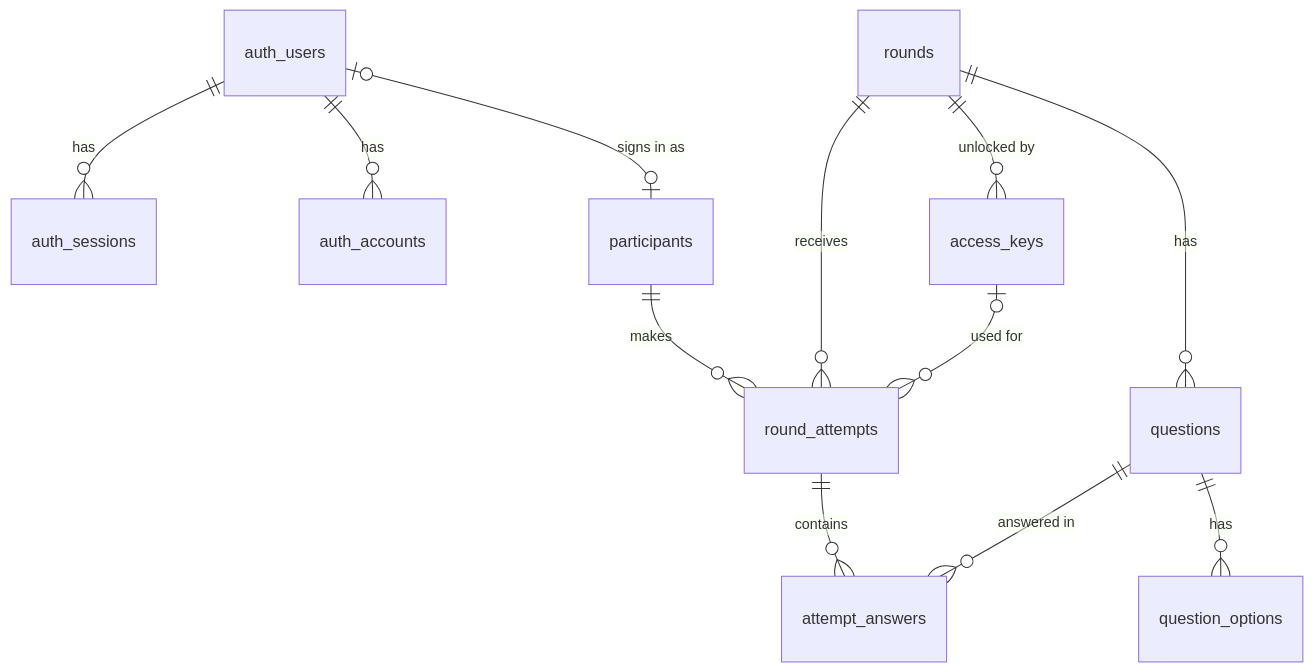
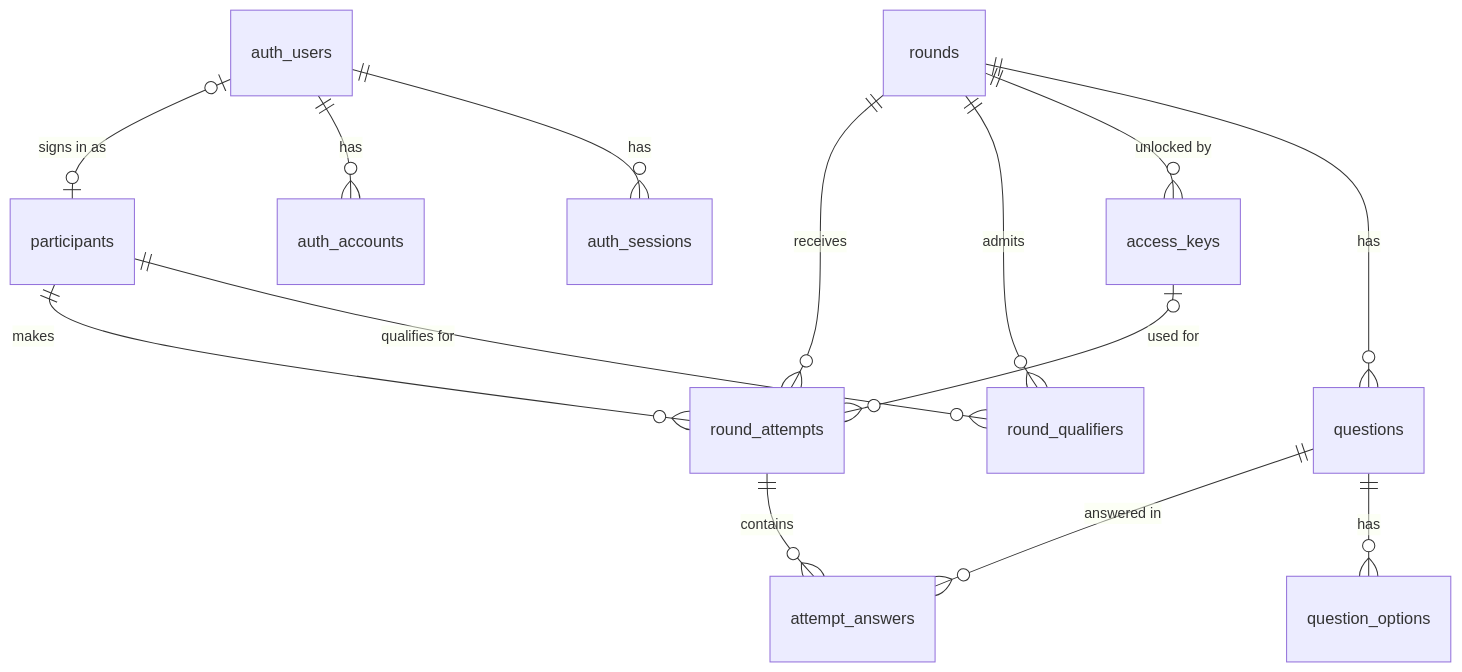
The diagram in docs/DATABASE.md (Technical-Events/TechBash), drawn with Mermaid before and after one commit. The commit also changed other lines of this file and 1 other file, not shown here.

Commit message:
docs: document qualifiers, admin management, question bank and 6-digit keys

````diff
--- a/docs/DATABASE.md
+++ b/docs/DATABASE.md
@@ -33,14 +35,16 @@
 ```mermaid
 erDiagram
   auth_users ||--o{ auth_sessions : has
   auth_users ||--o{ auth_accounts : has
   auth_users |o--o| participants : "signs in as"
   rounds ||--o{ questions : has
   questions ||--o{ question_options : has
   rounds ||--o{ access_keys : "unlocked by"
+  rounds ||--o{ round_qualifiers : admits
+  participants ||--o{ round_qualifiers : "qualifies for"
   participants ||--o{ round_attempts : makes
   rounds ||--o{ round_attempts : receives
   access_keys |o--o{ round_attempts : "used for"
   round_attempts ||--o{ attempt_answers : contains
   questions ||--o{ attempt_answers : "answered in"
 ```
````
